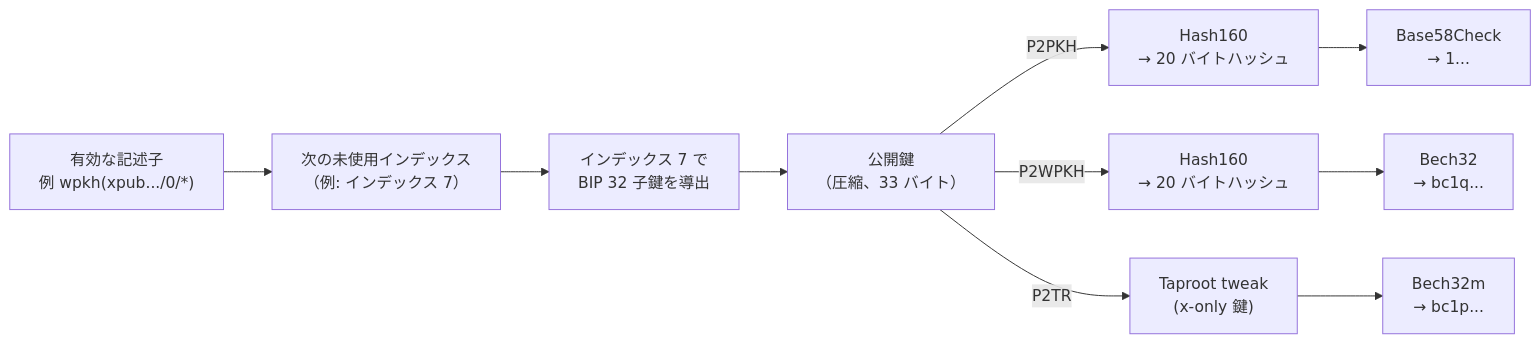
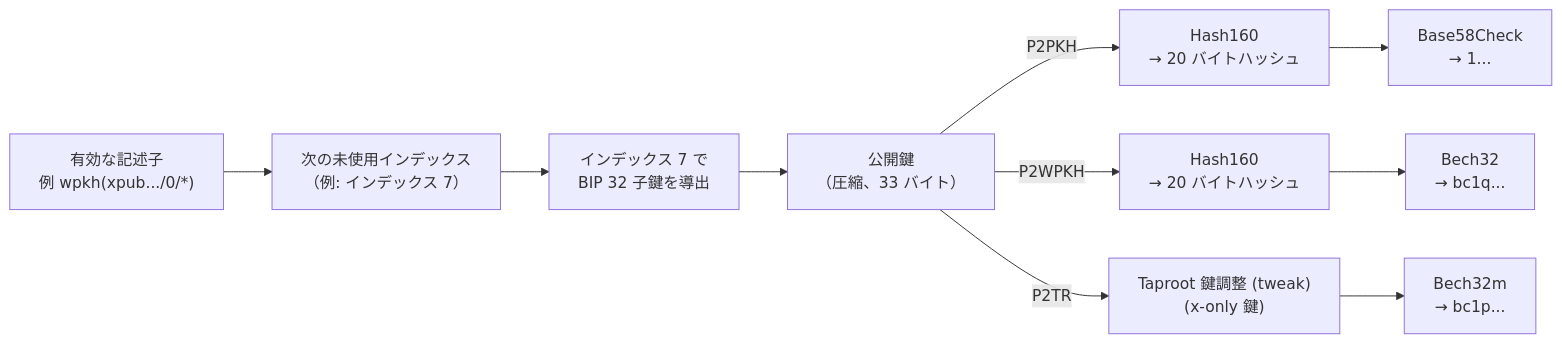
Before and after one commit to cypher256/BitcoinArchive: the third of 7 diagrams in src/data/translations/ja/design/2009-01-03-bitcoin-wallet-design.md, drawn with Mermaid. The commit also changed other lines of this file and 7 other files, not shown here.

````diff
--- a/src/data/translations/ja/design/2009-01-03-bitcoin-wallet-design.md
+++ b/src/data/translations/ja/design/2009-01-03-bitcoin-wallet-design.md
@@ -135,15 +135,15 @@
 ```mermaid
 flowchart LR
     DESC["有効な記述子\n例 wpkh(xpub.../0/*)"] --> IDX["次の未使用インデックス\n（例: インデックス 7）"]
     IDX --> DERIVE["インデックス 7 で\nBIP 32 子鍵を導出"]
     DERIVE --> PK["公開鍵\n（圧縮、33 バイト）"]
 
     PK --> |P2PKH| HASH160_1["Hash160\n→ 20 バイトハッシュ"]
     HASH160_1 --> BASE58["Base58Check\n→ 1..."]
 
     PK --> |P2WPKH| HASH160_2["Hash160\n→ 20 バイトハッシュ"]
     HASH160_2 --> BECH32["Bech32\n→ bc1q..."]
 
-    PK --> |P2TR| TWEAK["Taproot tweak\n(x-only 鍵)"]
+    PK --> |P2TR| TWEAK["Taproot 鍵調整 (tweak)\n(x-only 鍵)"]
     TWEAK --> BECH32M["Bech32m\n→ bc1p..."]
 ```
````
